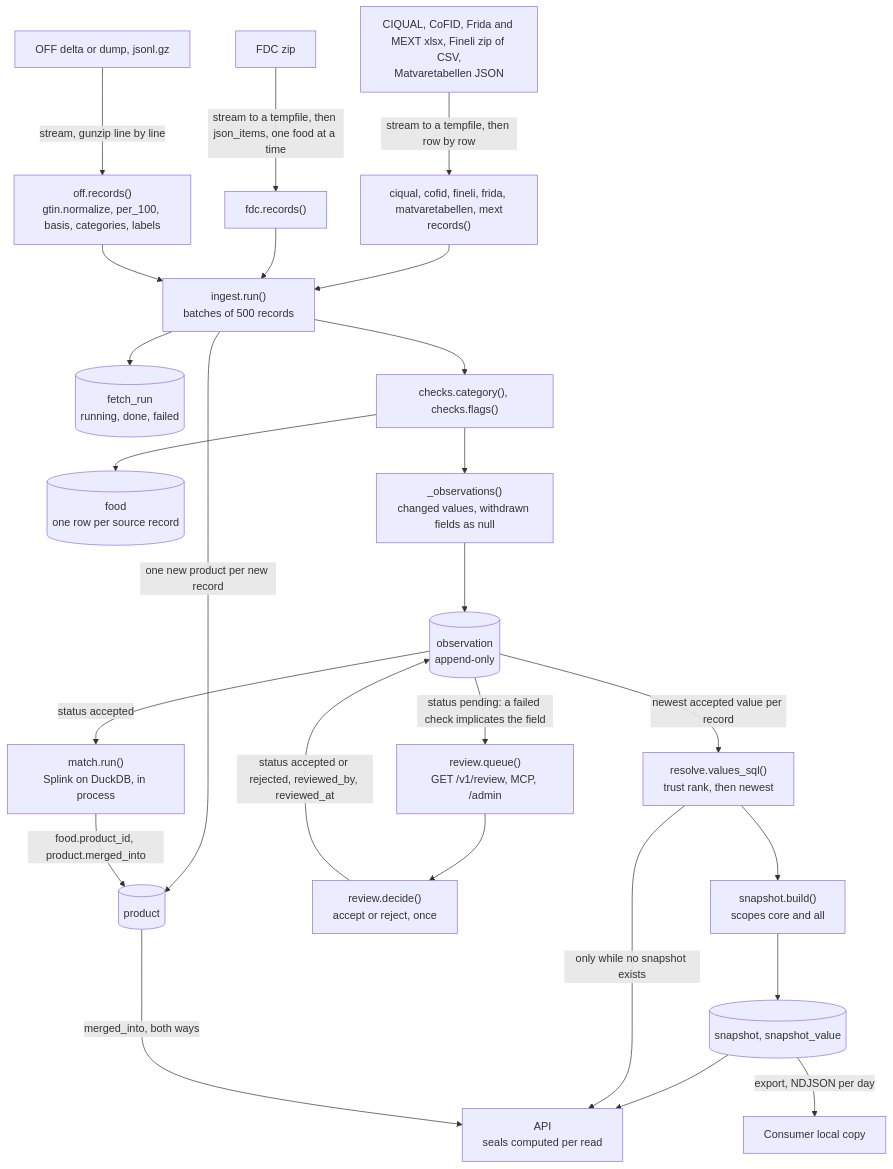
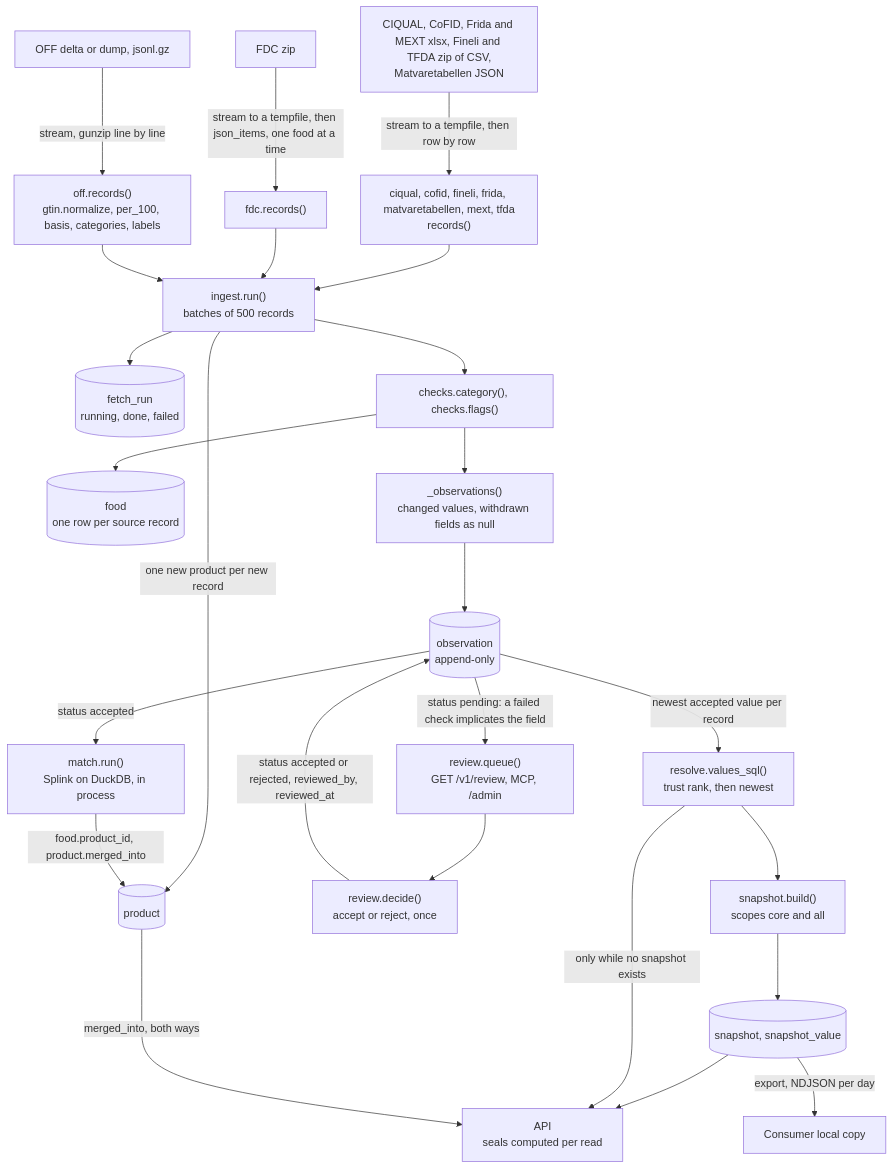
The third of 19 diagrams in docs/architecture.md (eait-fit/fooddb), drawn with Mermaid before and after one commit. The commit also changed other lines of this file and 15 other files, not shown here.

````diff
--- a/docs/architecture.md
+++ b/docs/architecture.md
@@ -158,27 +158,27 @@
 ```mermaid
 flowchart TD
     fdcsrc["FDC zip"] -->|"stream to a tempfile, then json_items, one food at a time"| fdcrec["fdc.records()"]
-    tabsrc["CIQUAL, CoFID, Frida and MEXT xlsx, Fineli zip of CSV,<br/>Matvaretabellen JSON"] -->|"stream to a tempfile, then row by row"| tabrec["ciqual, cofid, fineli, frida, matvaretabellen, mext<br/>records()"]
+    tabsrc["CIQUAL, CoFID, Frida and MEXT xlsx, Fineli and TFDA zip of CSV,<br/>Matvaretabellen JSON"] -->|"stream to a tempfile, then row by row"| tabrec["ciqual, cofid, fineli, frida, matvaretabellen, mext, tfda<br/>records()"]
     tabrec --> run
     offsrc["OFF delta or dump, jsonl.gz"] -->|"stream, gunzip line by line"| offrec["off.records()<br/>gtin.normalize, per_100, basis, categories, labels"]
     fdcrec --> run["ingest.run()<br/>batches of 500 records"]
     offrec --> run
     run --> fr[("fetch_run<br/>running, done, failed")]
     run -->|"one new product per new record"| prod[("product")]
     run --> chk["checks.category(), checks.flags()"]
     chk --> foodt[("food<br/>one row per source record")]
     chk --> diff["_observations()<br/>changed values, withdrawn fields as null"]
     diff --> obs[("observation<br/>append-only")]
     obs -->|"status pending: a failed check implicates the field"| queue["review.queue()<br/>GET /v1/review, MCP, /admin"]
     queue --> decide["review.decide()<br/>accept or reject, once"]
     decide -->|"status accepted or rejected, reviewed_by, reviewed_at"| obs
     obs -->|"status accepted"| match["match.run()<br/>Splink on DuckDB, in process"]
     match -->|"food.product_id, product.merged_into"| prod
     obs -->|"newest accepted value per record"| resolver["resolve.values_sql()<br/>trust rank, then newest"]
     resolver --> snap["snapshot.build()<br/>scopes core and all"]
     snap --> sv[("snapshot, snapshot_value")]
     sv --> api["API<br/>seals computed per read"]
     sv -->|"export, NDJSON per day"| consumer["Consumer local copy"]
     resolver -->|"only while no snapshot exists"| api
     prod -->|"merged_into, both ways"| api
 ```
````
